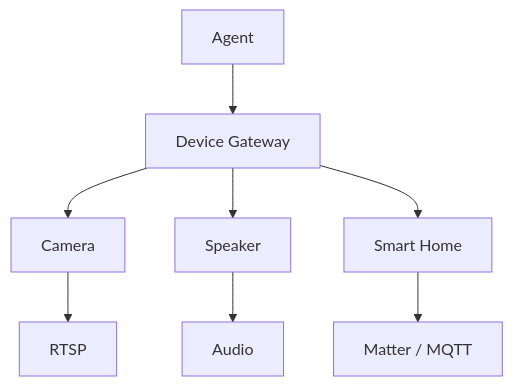
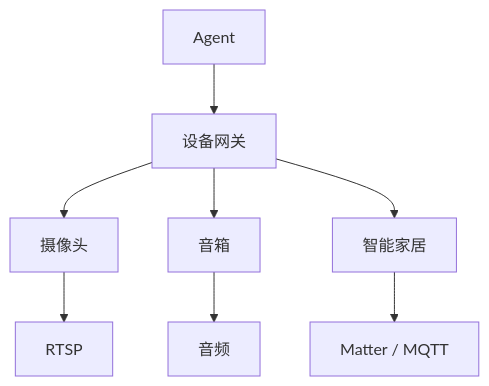
One commit to ayane-ai/ayane-docs changed the ninth of 12 diagrams in product/产品愿景与总纲.md. Above: the diagram before and after it, drawn with Mermaid. The commit also changed other lines of this file and 8 other files, not shown here.

````diff
--- a/product/产品愿景与总纲.md
+++ b/product/产品愿景与总纲.md
@@ -555,10 +594,10 @@
 ```mermaid
 flowchart TD
-    agent["Agent"] --> gateway["Device Gateway"]
-    gateway --> camera["Camera"]
-    gateway --> speaker["Speaker"]
-    gateway --> smartHome["Smart Home"]
+    agent["Agent"] --> gateway["设备网关"]
+    gateway --> camera["摄像头"]
+    gateway --> speaker["音箱"]
+    gateway --> smartHome["智能家居"]
     camera --> rtsp["RTSP"]
-    speaker --> audio["Audio"]
+    speaker --> audio["音频"]
     smartHome --> matter["Matter / MQTT"]
 ```
````
